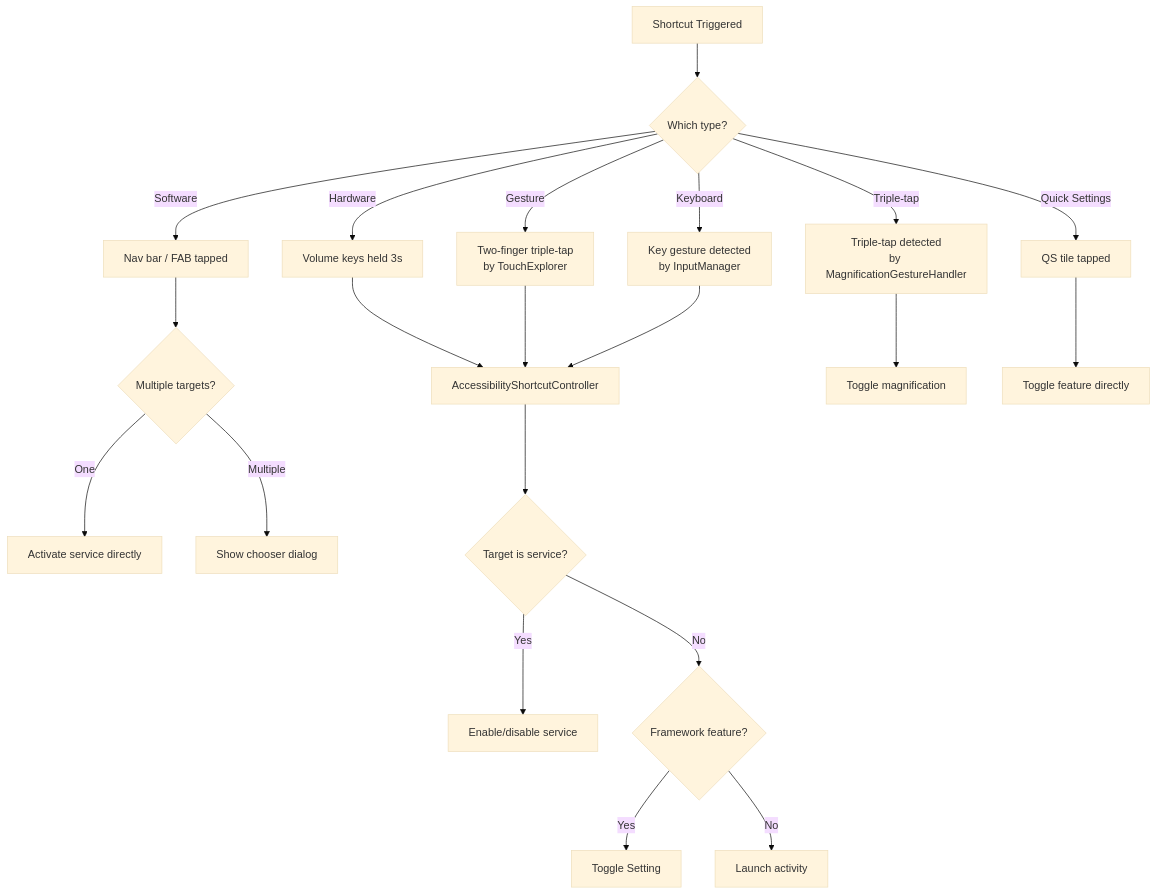
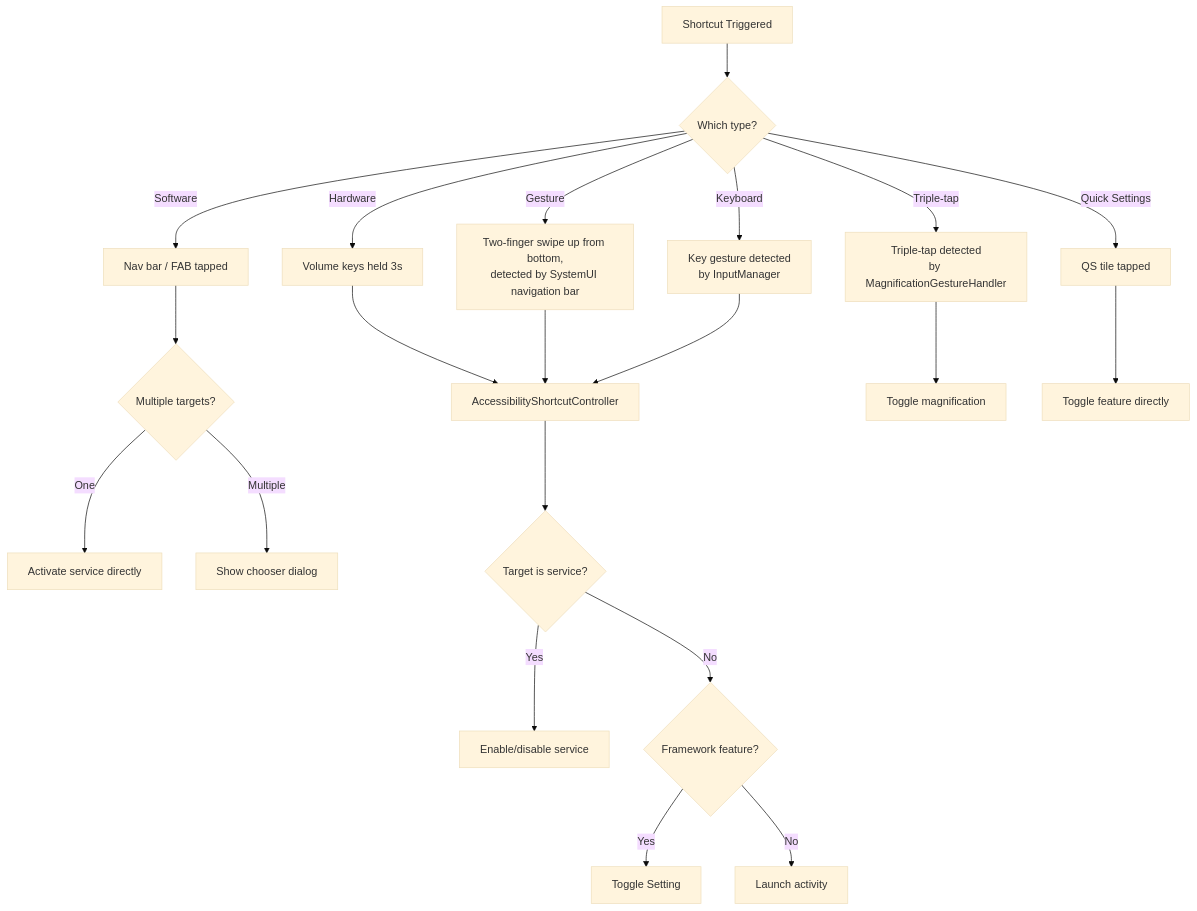
Before and after one commit to aospbooks/aosp-internal-book: diagram 20 of 23 in agents/claude/skills/aosp-ui-framework/46-accessibility.md, drawn with Mermaid (base theme). The commit also changed other lines of this file and 218 other files, not shown here.

````diff
--- a/agents/claude/skills/aosp-ui-framework/46-accessibility.md
+++ b/agents/claude/skills/aosp-ui-framework/46-accessibility.md
@@ -2894,25 +2934,25 @@
 ```mermaid
 flowchart TD
     A[Shortcut Triggered] --> B{Which type?}
     B -->|Hardware| C[Volume keys held 3s]
     B -->|Software| D[Nav bar / FAB tapped]
     B -->|Triple-tap| E["Triple-tap detected<br/>by MagnificationGestureHandler"]
-    B -->|Gesture| F["Two-finger triple-tap<br/>by TouchExplorer"]
+    B -->|Gesture| F["Two-finger swipe up from bottom,<br/>detected by SystemUI navigation bar"]
     B -->|Quick Settings| G[QS tile tapped]
     B -->|Keyboard| H["Key gesture detected<br/>by InputManager"]
 
     C --> I[AccessibilityShortcutController]
     D --> J{Multiple targets?}
     E --> K[Toggle magnification]
     F --> I
     G --> L[Toggle feature directly]
     H --> I
 
     J -->|One| M[Activate service directly]
     J -->|Multiple| N[Show chooser dialog]
     I --> O{Target is service?}
     O -->|Yes| P[Enable/disable service]
     O -->|No| Q{Framework feature?}
     Q -->|Yes| R[Toggle Setting]
     Q -->|No| S[Launch activity]
 ```
````
